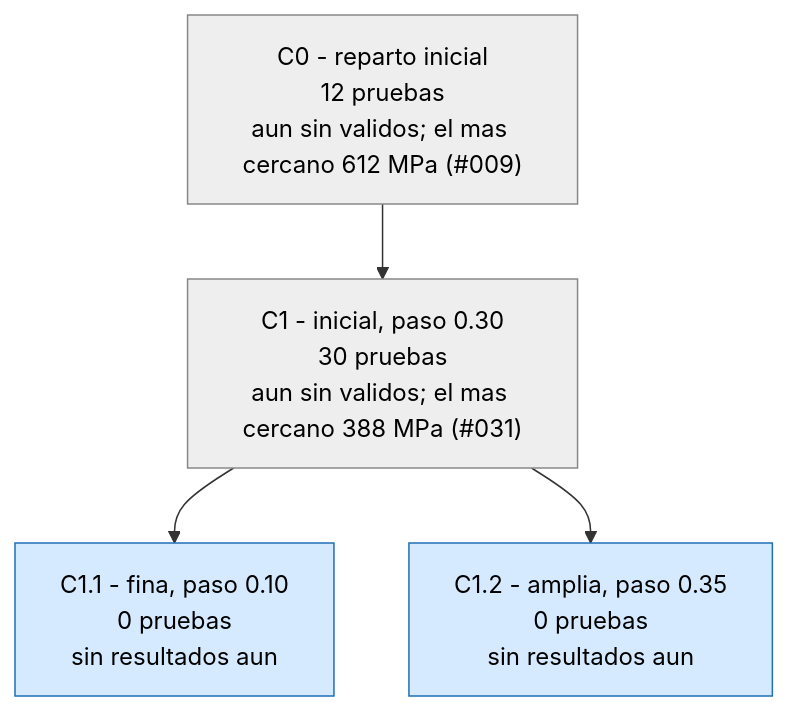
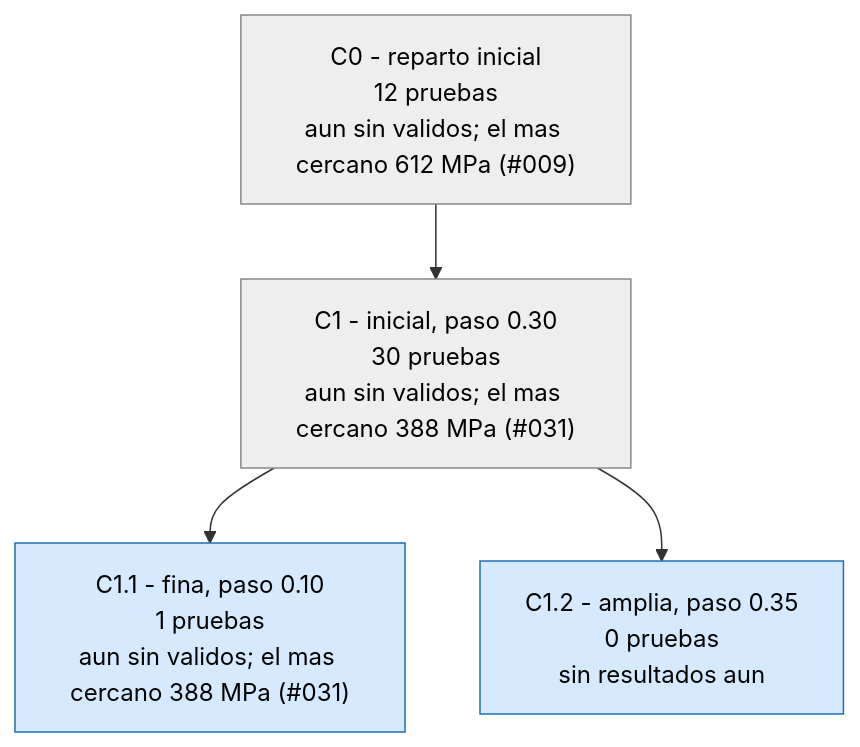
Before and after one commit to Hugiko/msd-soporte-optimizacion: the third of 3 diagrams in runs/opt_37800N/ARBOL.md, drawn with Mermaid. The commit also changed 21 other files, not shown here.

````diff
--- a/runs/opt_37800N/ARBOL.md
+++ b/runs/opt_37800N/ARBOL.md
@@ -47,13 +47,13 @@
 ```mermaid
 graph TD
 classDef activa fill:#d6eaff,stroke:#1f6fb5,color:#000
 classDef fin fill:#eeeeee,stroke:#888,color:#000
 classDef mejor fill:#c8f0c0,stroke:#1a9850,stroke-width:4px,color:#000
 C0["C0 - reparto inicial<br/>12 pruebas<br/>aun sin validos; el mas cercano 612 MPa (#009)"]:::fin
 C1["C1 - inicial, paso 0.30<br/>30 pruebas<br/>aun sin validos; el mas cercano 388 MPa (#031)"]:::fin
 C0 --> C1
-C1_1["C1.1 - fina, paso 0.10<br/>0 pruebas<br/>sin resultados aun"]:::activa
+C1_1["C1.1 - fina, paso 0.10<br/>1 pruebas<br/>aun sin validos; el mas cercano 388 MPa (#031)"]:::activa
 C1 --> C1_1
 C1_2["C1.2 - amplia, paso 0.35<br/>0 pruebas<br/>sin resultados aun"]:::activa
 C1 --> C1_2
 ```
````
